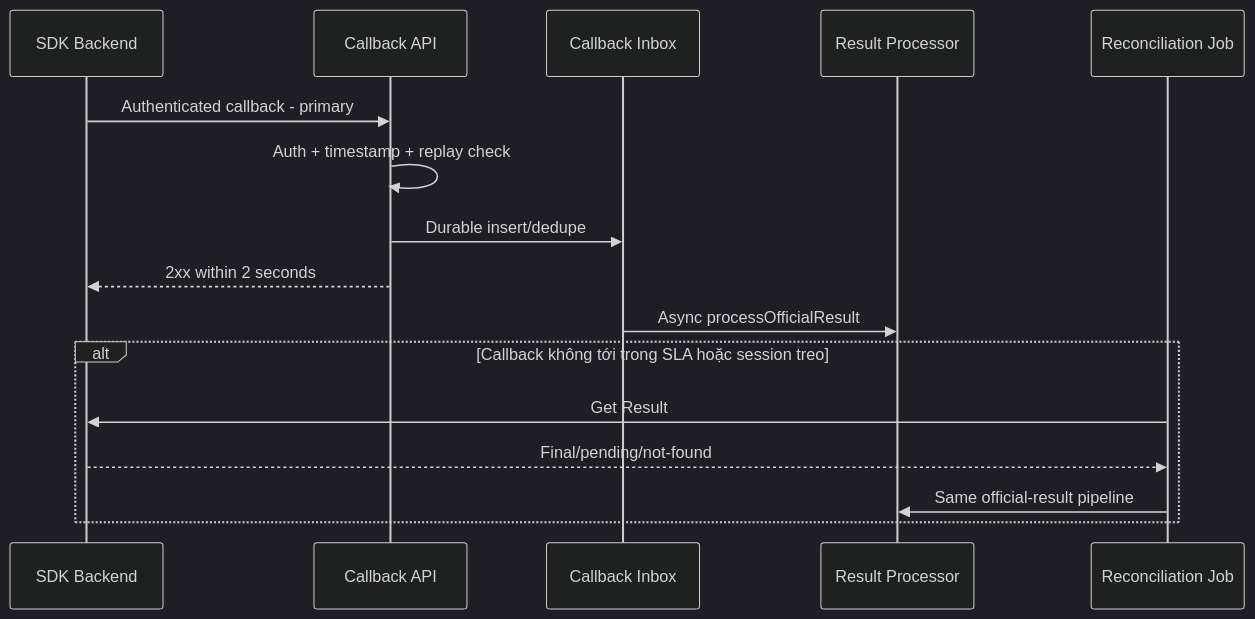
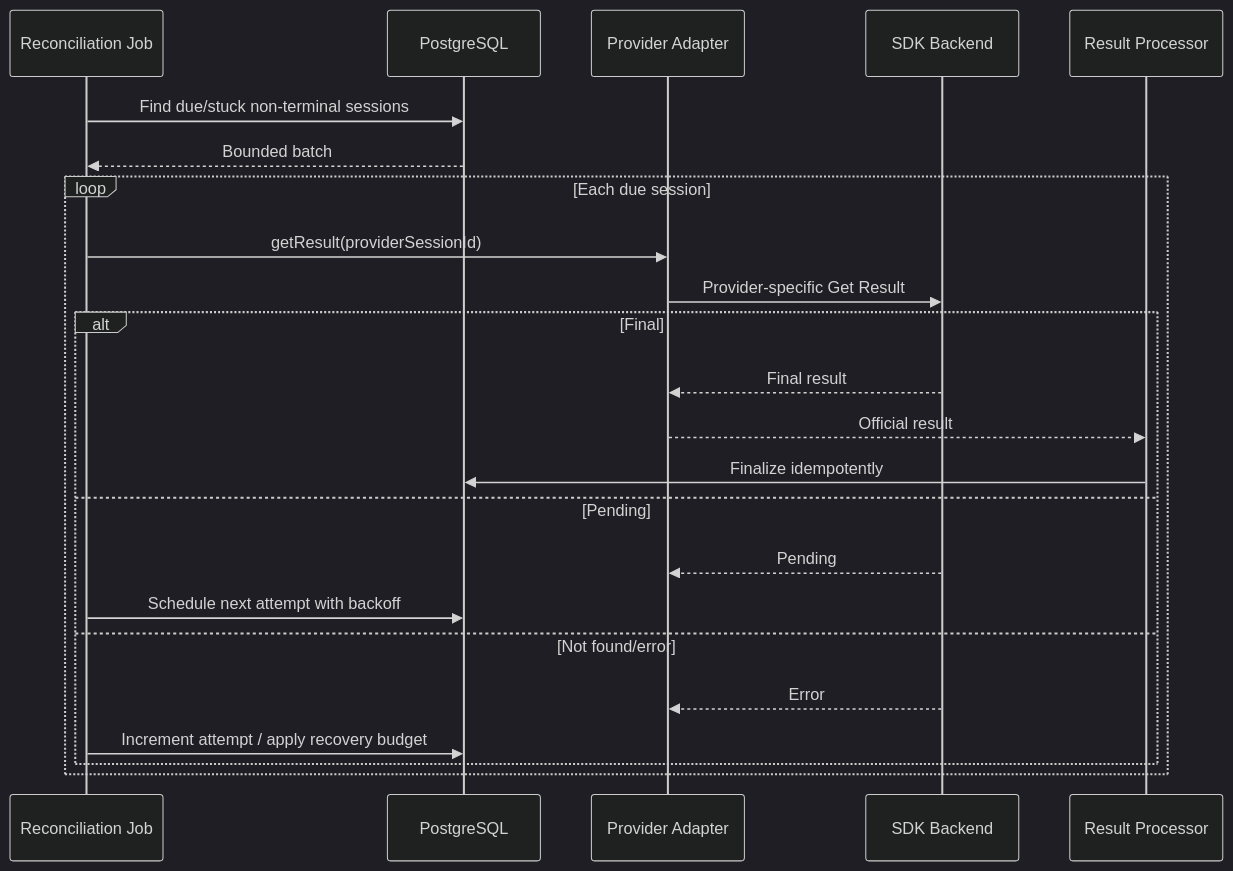
Before and after one commit to huynv-xyz/vhm: the sixth of 8 diagrams in tdd2.md, drawn with Mermaid (dark theme). The commit also changed other lines of this file, not shown here.

````diff
--- a/tdd2.md
+++ b/tdd2.md
@@ -305,18 +553,25 @@
 ```mermaid
 sequenceDiagram
+    participant JOB as Reconciliation Job
+    participant DB as PostgreSQL
+    participant ADAPTER as Provider Adapter
     participant BACKEND as SDK Backend
-    participant CALLBACK as Callback API
-    participant INBOX as Callback Inbox
     participant PROCESSOR as Result Processor
-    participant JOB as Reconciliation Job
-    BACKEND->>CALLBACK: Authenticated callback - primary
-    CALLBACK->>CALLBACK: Auth + timestamp + replay check
-    CALLBACK->>INBOX: Durable insert/dedupe
-    CALLBACK-->>BACKEND: 2xx within 2 seconds
-    INBOX->>PROCESSOR: Async processOfficialResult
-    alt Callback không tới trong SLA hoặc session treo
-        JOB->>BACKEND: Get Result
-        BACKEND-->>JOB: Final/pending/not-found
-        JOB->>PROCESSOR: Same official-result pipeline
+    JOB->>DB: Find due/stuck non-terminal sessions
+    DB-->>JOB: Bounded batch
+    loop Each due session
+        JOB->>ADAPTER: getResult(providerSessionId)
+        ADAPTER->>BACKEND: Provider-specific Get Result
+        alt Final
+            BACKEND-->>ADAPTER: Final result
+            ADAPTER-->>PROCESSOR: Official result
+            PROCESSOR->>DB: Finalize idempotently
+        else Pending
+            BACKEND-->>ADAPTER: Pending
+            JOB->>DB: Schedule next attempt with backoff
+        else Not found/error
+            BACKEND-->>ADAPTER: Error
+            JOB->>DB: Increment attempt / apply recovery budget
+        end
     end
 ```
````
